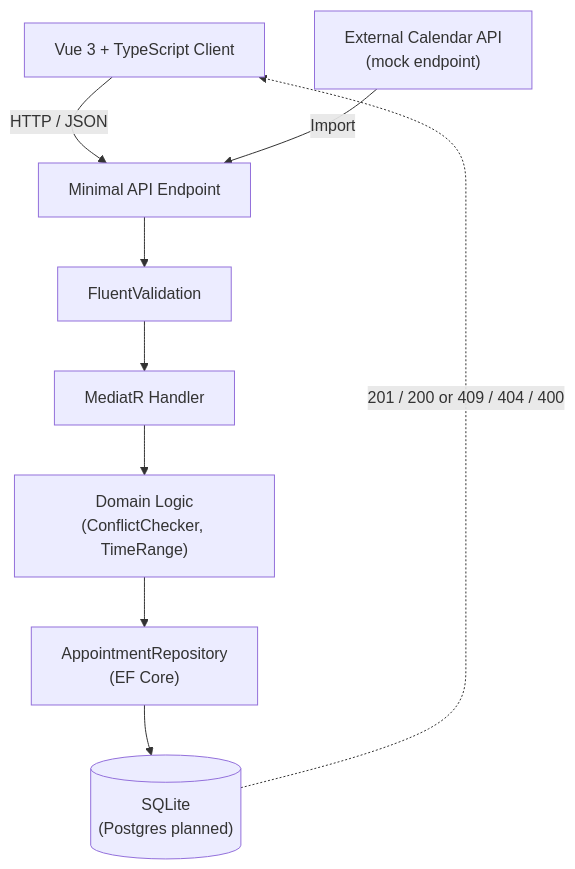
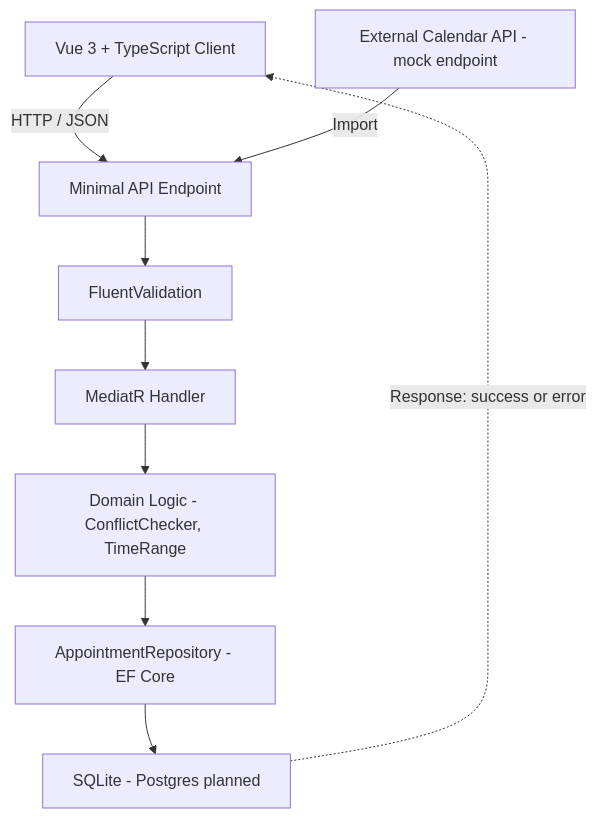
Before and after one commit to sadiquemasum/Appointment-Scheduler: the diagram in README.md, drawn with Mermaid.

Commit message:
Fix Mermaid render error on GitHub: remove nested parentheses and cylinder shape from Request Flow diagram

````diff
--- a/README.md
+++ b/README.md
@@ -54,20 +54,20 @@
 ```mermaid
 flowchart TD
     Client["Vue 3 + TypeScript Client"]
-    ExternalApi["External Calendar API<br/>(mock endpoint)"]
+    ExternalApi["External Calendar API - mock endpoint"]
     Endpoint["Minimal API Endpoint"]
     Validation["FluentValidation"]
     Handler["MediatR Handler"]
-    Domain["Domain Logic<br/>(ConflictChecker, TimeRange)"]
-    Repo["AppointmentRepository<br/>(EF Core)"]
-    DB[("SQLite<br/>(Postgres planned)")]
+    Domain["Domain Logic - ConflictChecker, TimeRange"]
+    Repo["AppointmentRepository - EF Core"]
+    DB["SQLite - Postgres planned"]
 
     Client -->|"HTTP / JSON"| Endpoint
     ExternalApi -->|"Import"| Endpoint
     Endpoint --> Validation
     Validation --> Handler
     Handler --> Domain
     Domain --> Repo
     Repo --> DB
-    DB -.->|"201 / 200 or 409 / 404 / 400"| Client
+    DB -.->|"Response: success or error"| Client
 ```
````
